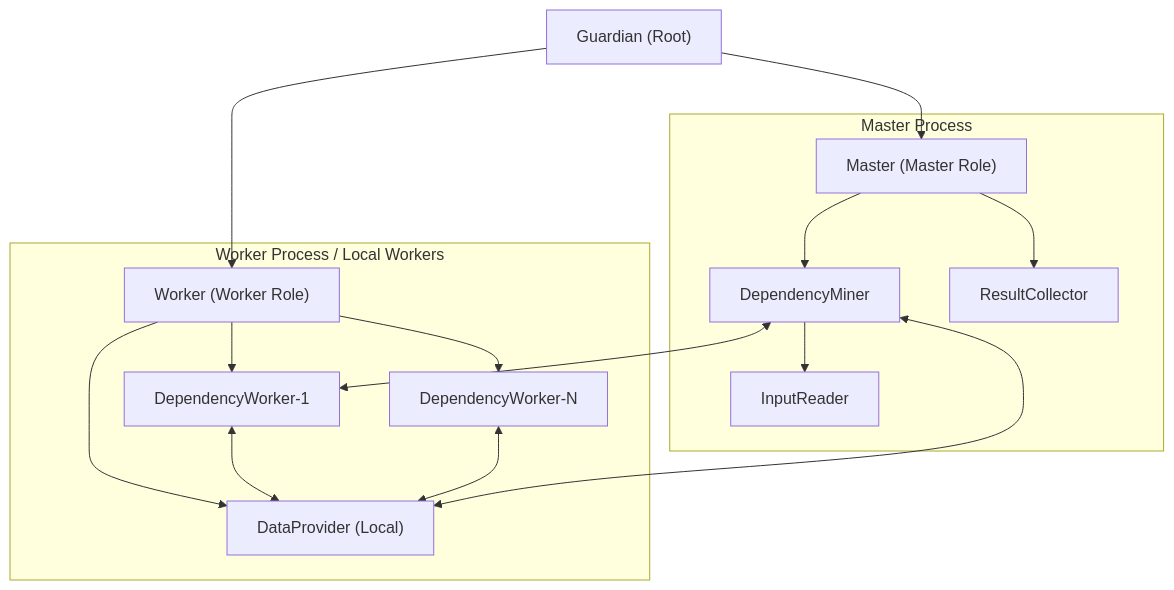
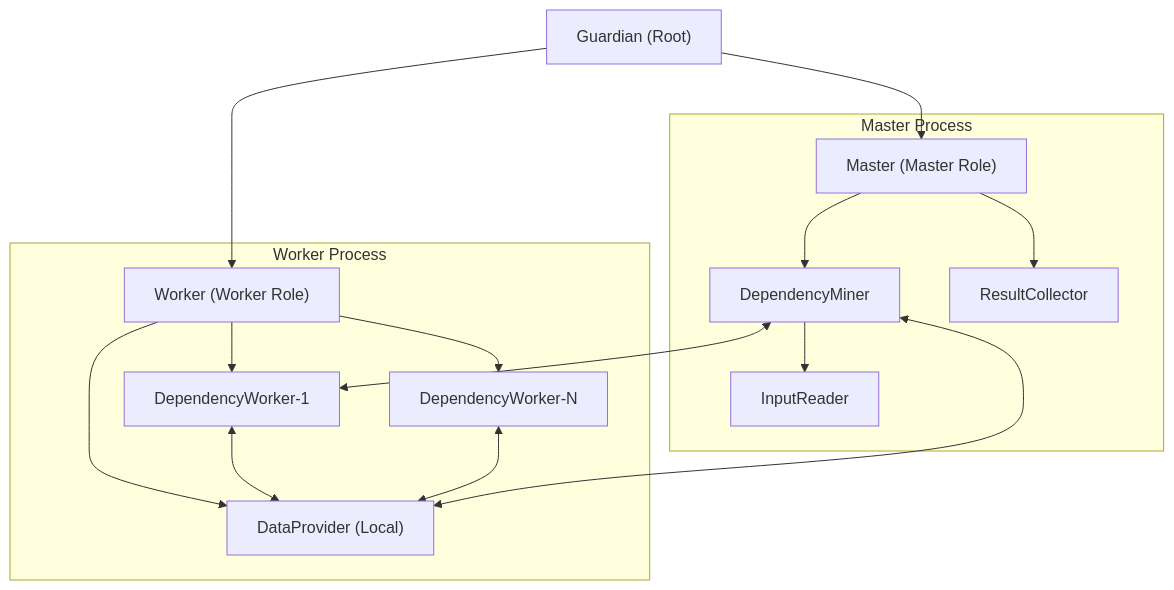
Before and after one commit to s3m3dov/abcd-ddm: the first of 5 diagrams in ddm-akka/docs/Overview.md, drawn with Mermaid.

````diff
--- a/ddm-akka/docs/Overview.md
+++ b/ddm-akka/docs/Overview.md
@@ -25,22 +25,22 @@
 ```mermaid
 graph TD
     Guardian["Guardian (Root)"] --> Master["Master (Master Role)"]
     Guardian --> Worker["Worker (Worker Role)"]
     
     subgraph Master Process
         Master --> DependencyMiner["DependencyMiner"]
         Master --> ResultCollector["ResultCollector"]
         DependencyMiner --> InputReader["InputReader"]
     end
     
-    subgraph Worker Process / Local Workers
+    subgraph Worker Process
         Worker --> DataProvider["DataProvider (Local)"]
         Worker --> DW1["DependencyWorker-1"]
         Worker --> DWN["DependencyWorker-N"]
     end
     
     DW1 <--> DataProvider
     DWN <--> DataProvider
     DependencyMiner <--> DW1
     DependencyMiner <--> DataProvider
 ```
````
